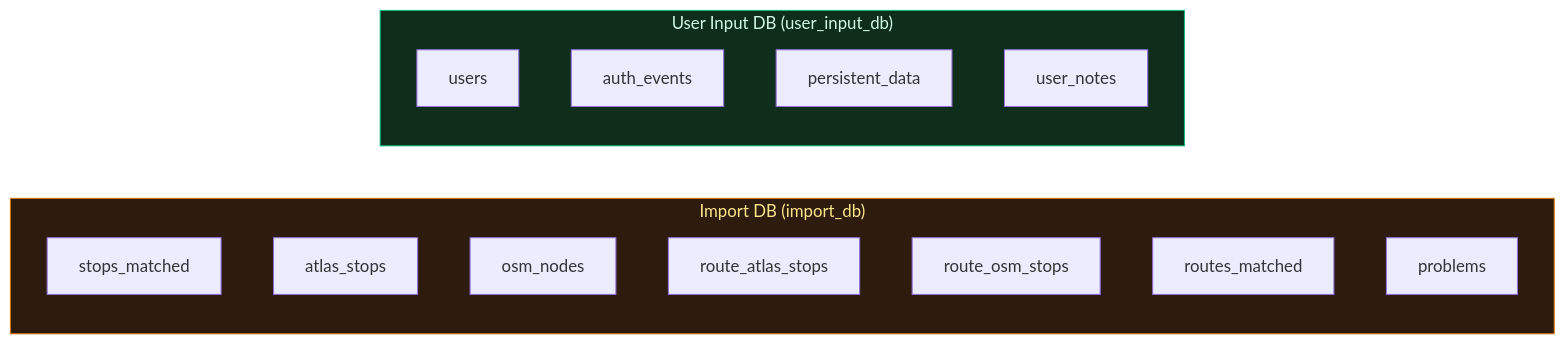
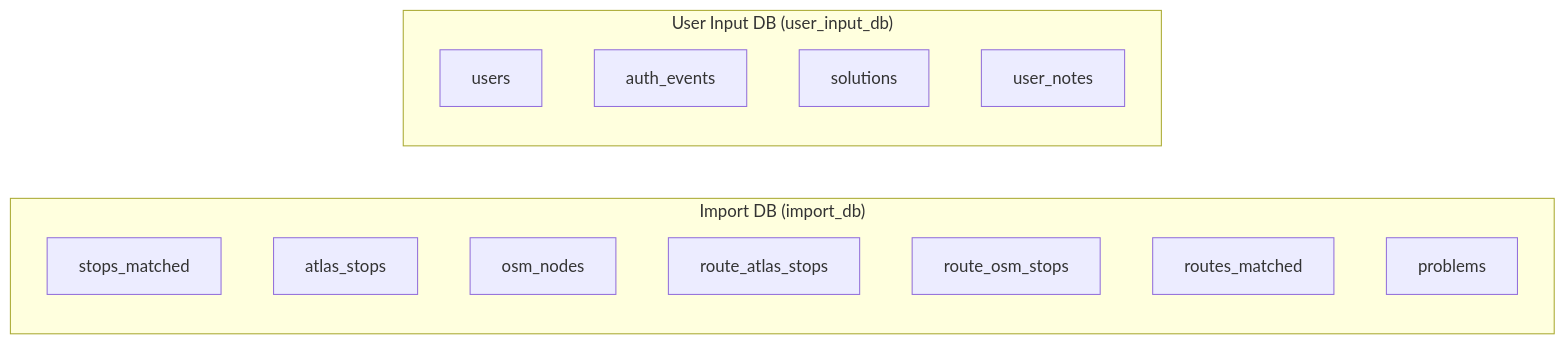
Before and after one commit to openTdataCH/stop_sync_osm_atlas: the diagram in documentation/4. Databases.md, drawn with Mermaid. The commit also changed other lines of this file and 35 other files, not shown here.

````diff
--- a/documentation/4. Databases.md
+++ b/documentation/4. Databases.md
@@ -7,24 +8,21 @@
 ```mermaid
 flowchart LR
     subgraph import_db["Import DB (import_db)"]
         direction TB
         S[stops_matched]
         A[atlas_stops]
         O[osm_nodes]
         R1[route_atlas_stops]
         R2[route_osm_stops]
         R3[routes_matched]
         P[problems]
     end
     
     subgraph user_input_db["User Input DB (user_input_db)"]
         direction TB
         U[users]
         AE[auth_events]
-        PD[persistent_data]
+        PD[solutions]
         UN[user_notes]
     end
-    
-    style import_db fill:#2d1b0e,stroke:#d97706,color:#fde68a
-    style user_input_db fill:#0e2d1b,stroke:#10b981,color:#d1fae5
 ```
````
